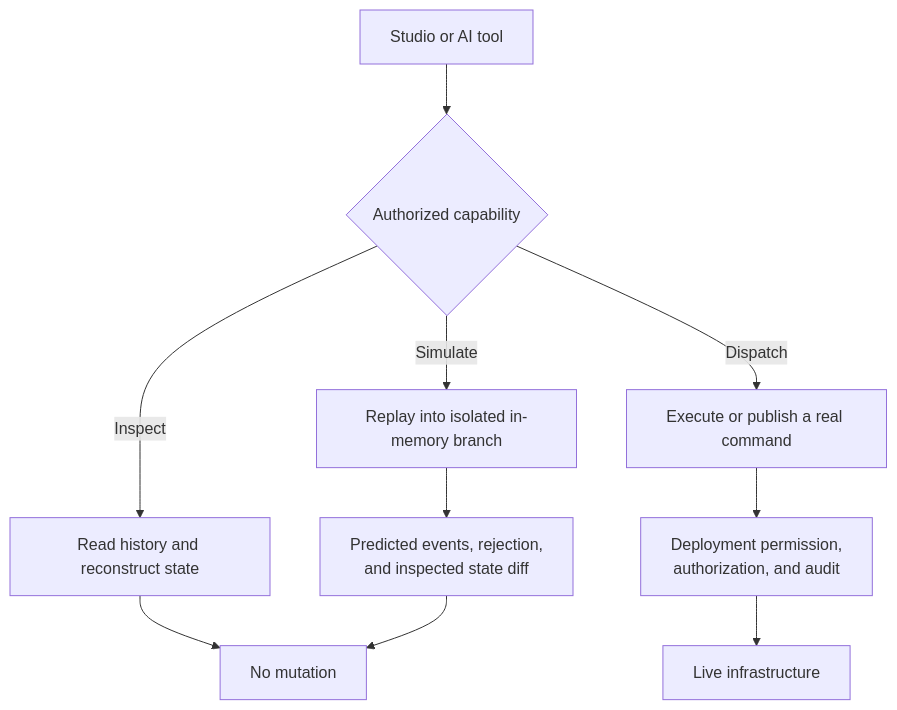
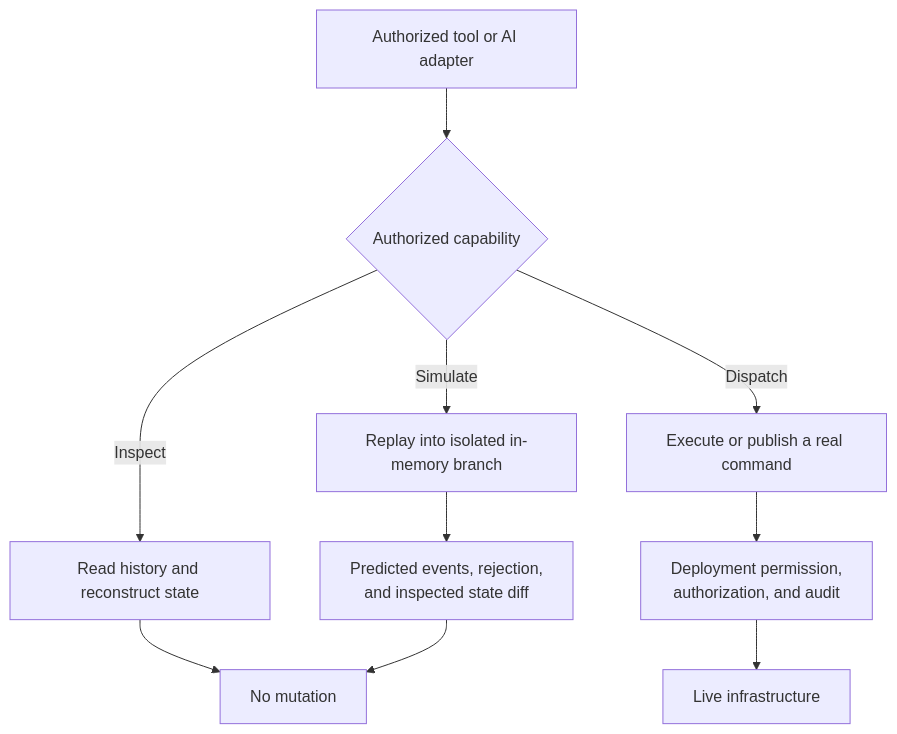
The seventh of 8 diagrams in docs/cofounder-project-summary.md (elbLabs/rostfrei), drawn with Mermaid before and after one commit. The commit also changed other lines of this file and 131 other files, not shown here.

````diff
--- a/docs/cofounder-project-summary.md
+++ b/docs/cofounder-project-summary.md
@@ -366,12 +362,12 @@
 ```mermaid
 flowchart TD
-    Tool[Studio or AI tool] --> Capability{Authorized capability}
+    Tool[Authorized tool or AI adapter] --> Capability{Authorized capability}
     Capability -->|Inspect| Inspect[Read history and reconstruct state]
     Capability -->|Simulate| Simulate[Replay into isolated in-memory branch]
     Capability -->|Dispatch| Dispatch[Execute or publish a real command]
     Inspect --> NoMutation[No mutation]
     Simulate --> Predicted[Predicted events, rejection,<br/>and inspected state diff]
     Predicted --> NoMutation
     Dispatch --> Guarded[Deployment permission,<br/>authorization, and audit]
     Guarded --> Live[Live infrastructure]
 ```
````
